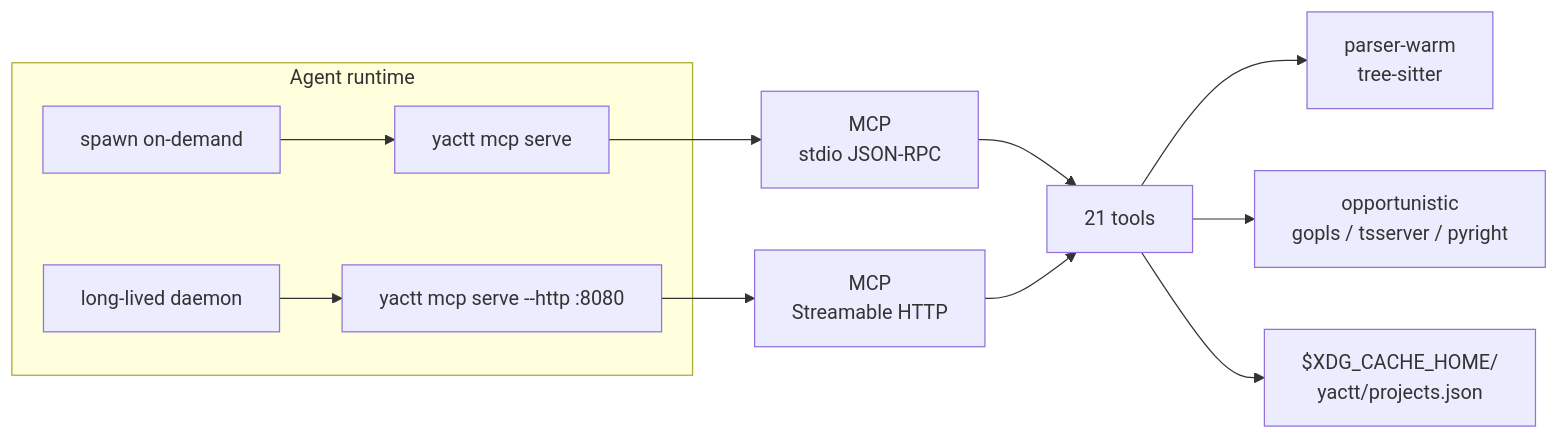
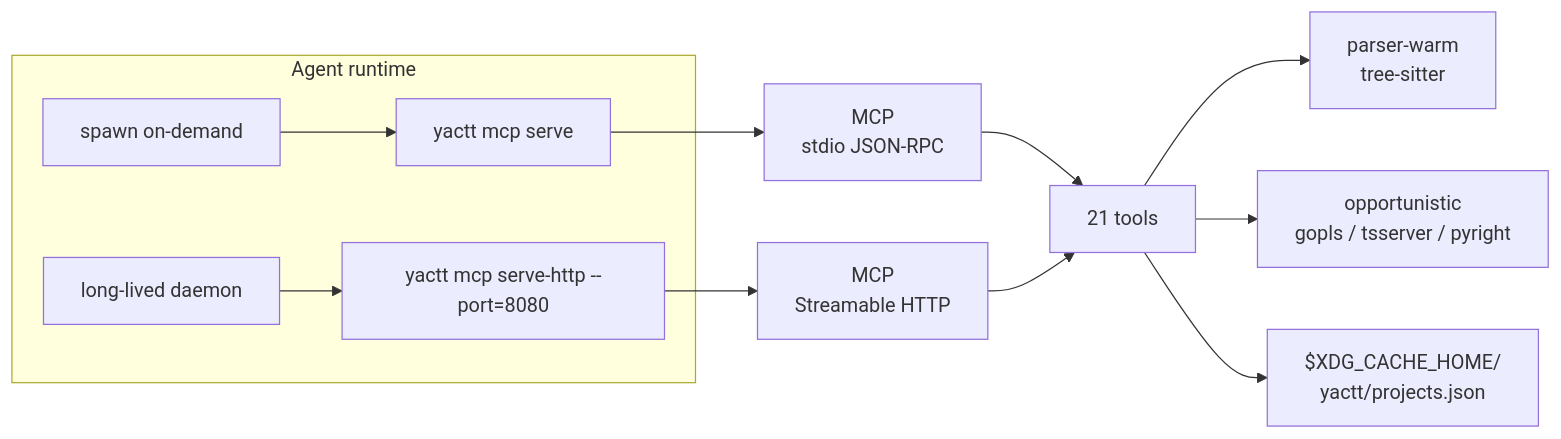
Before and after one commit to kellenff/yactt: the second of 2 diagrams in README.md, drawn with Mermaid. The commit also changed other lines of this file and 2 other files, not shown here.

Commit message:
rename mcp --http flag to serve-http subcommand

````diff
--- a/README.md
+++ b/README.md
@@ -140,14 +140,14 @@
 ```mermaid
 graph LR
   subgraph "Agent runtime"
     A[spawn on-demand] --> Y[yactt mcp serve]
-    B[long-lived daemon] --> Y2[yactt mcp serve --http :8080]
+    B[long-lived daemon] --> Y2[yactt mcp serve-http --port=8080]
   end
   Y --> M1["MCP<br/>stdio JSON-RPC"]
   Y2 --> M2["MCP<br/>Streamable HTTP"]
   M1 --> S[21 tools]
   M2 --> S
   S --> P[parser-warm<br/>tree-sitter]
   S --> L[opportunistic<br/>gopls / tsserver / pyright]
   S --> C["$XDG_CACHE_HOME/<br/>yactt/projects.json"]
 ```
````
